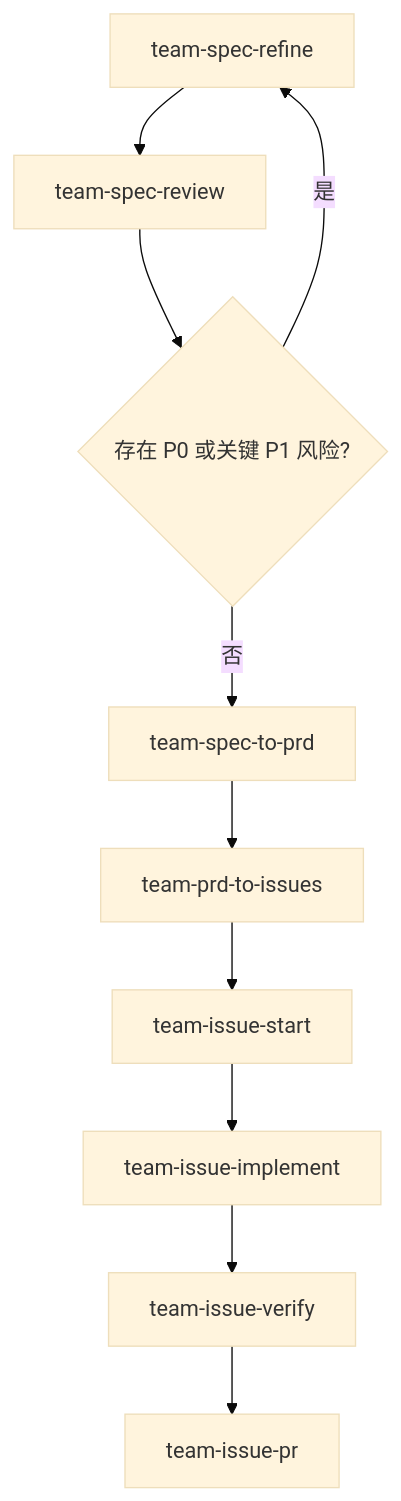
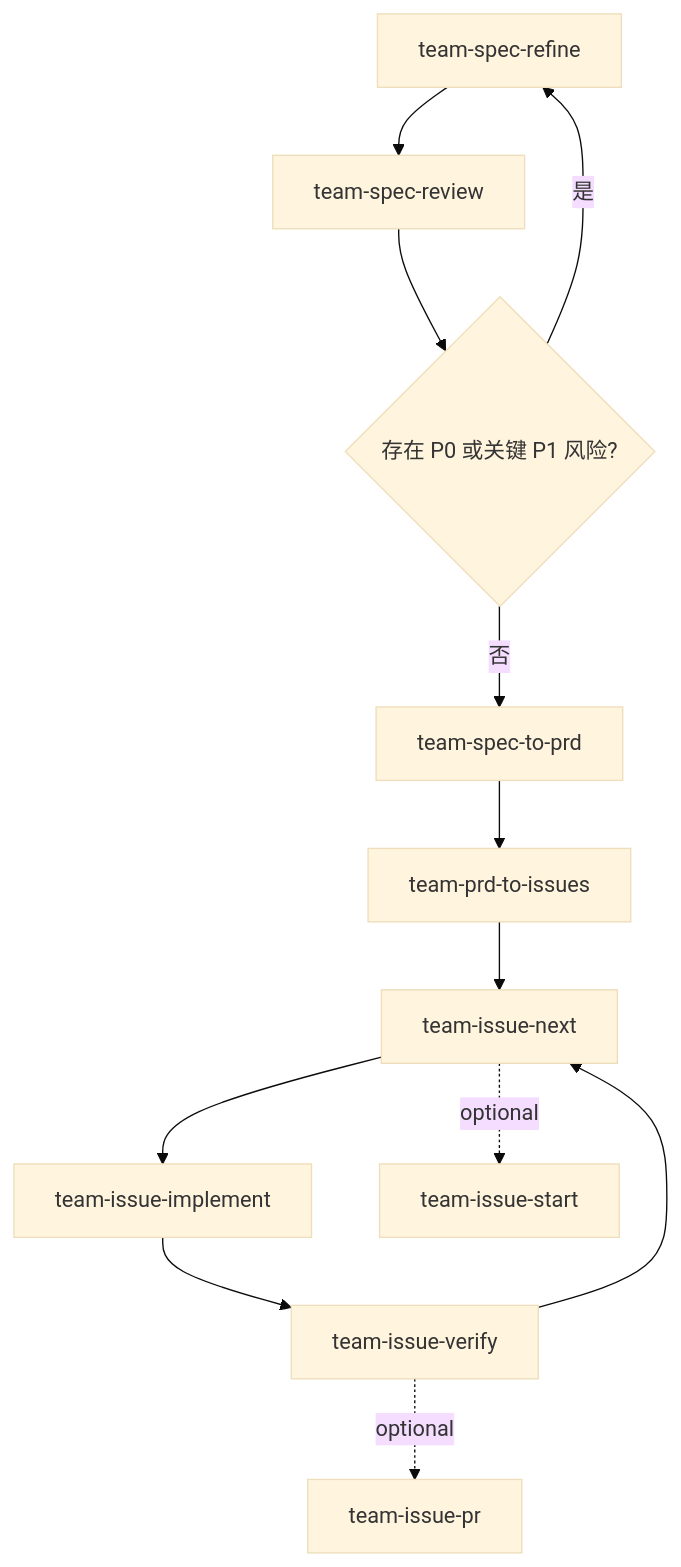
The diagram in README.md (coolbeevip/team-ai-skills), drawn with Mermaid (base theme) before and after one commit. The commit also changed other lines of this file and 8 other files, not shown here.

````diff
--- a/README.md
+++ b/README.md
@@ -17,12 +17,14 @@
 ```mermaid
 flowchart TD
     A[team-spec-refine] --> B[team-spec-review]
     B --> C{存在 P0 或关键 P1 风险?}
     C -- 是 --> A
     C -- 否 --> D[team-spec-to-prd]
     D --> E[team-prd-to-issues]
-    E --> F[team-issue-start]
+    E --> F[team-issue-next]
     F --> G[team-issue-implement]
     G --> H[team-issue-verify]
-    H --> I[team-issue-pr]
+    H --> F
+    F -. optional .-> S[team-issue-start]
+    H -. optional .-> P[team-issue-pr]
 ```
````
